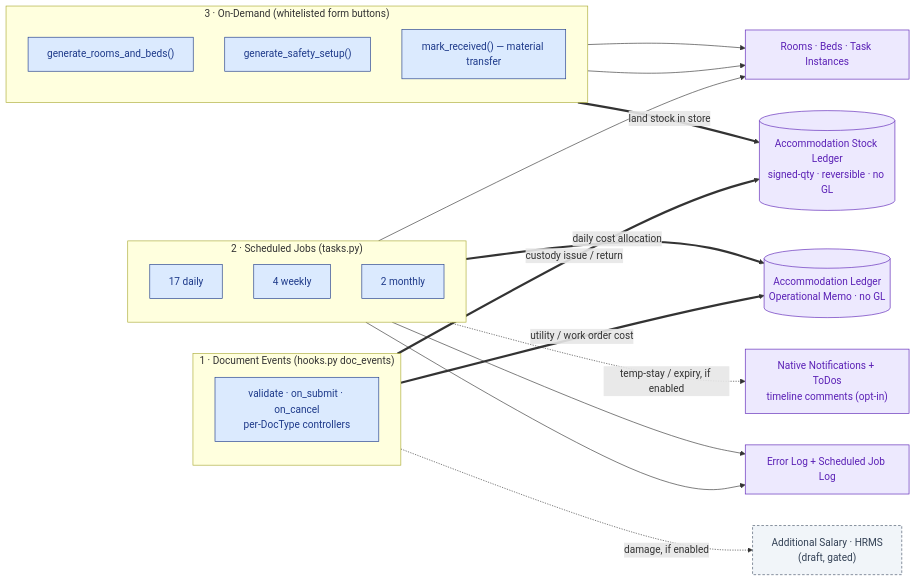
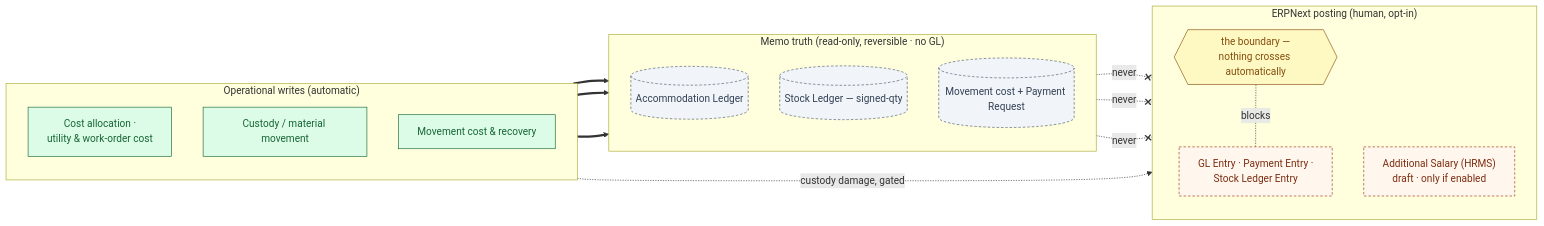
One commit to iabodysa/apex changed the sixth of 6 diagrams in README.md. Above: the diagram before and after it, drawn with Mermaid. The commit also changed other lines of this file, not shown here.

First line of the commit message:
docs: elevate then tighten README architecture diagrams (multi-perspective, concise)

````diff
--- a/README.md
+++ b/README.md
@@ -134,44 +202,37 @@
 ```mermaid
 flowchart LR
-    subgraph DocEvents ["1 · Document Events (hooks.py doc_events)"]
+    subgraph Ops ["Operational writes (automatic)"]
         direction TB
-        D1["validate · on_submit · on_cancel<br/>per-DocType controllers"]:::engine
+        COST["Cost allocation ·<br/>utility & work-order cost"]:::engine
+        STK["Custody / material movement"]:::engine
+        MOVE["Movement cost & recovery"]:::engine
     end
 
-    subgraph Scheduler ["2 · Scheduled Jobs (tasks.py)"]
+    subgraph Memo ["Memo truth (read-only, reversible · no GL)"]
         direction TB
-        S1["17 daily"]:::engine
-        S2["4 weekly"]:::engine
-        S3["2 monthly"]:::engine
+        AL[("Accommodation Ledger")]:::sink
+        SL[("Stock Ledger — signed-qty")]:::sink
+        ML[("Movement cost + Payment Request")]:::sink
     end
 
-    subgraph OnDemand ["3 · On-Demand (whitelisted form buttons)"]
+    subgraph GL ["ERPNext posting (human, opt-in)"]
         direction TB
-        O1["generate_rooms_and_beds()"]:::engine
-        O2["generate_safety_setup()"]:::engine
-        O3["mark_received() — material transfer"]:::engine
+        BAR{{"the boundary —<br/>nothing crosses automatically"}}:::gate
+        GLE["GL Entry · Payment Entry ·<br/>Stock Ledger Entry"]:::ext
+        ADD["Additional Salary (HRMS)<br/>draft · only if enabled"]:::ext
     end
 
-    Ledger[("Accommodation Ledger<br/>Operational Memo · no GL")]:::sink
-    Stock[("Accommodation Stock Ledger<br/>signed-qty · reversible · no GL")]:::sink
-    Native["Native Notifications + ToDos<br/>timeline comments (opt-in)"]:::sink
-    AddSal["Additional Salary · HRMS<br/>(draft, gated)"]:::ext
-    Log["Error Log + Scheduled Job Log"]:::sink
-    Made["Rooms · Beds · Task Instances"]:::sink
+    COST ==> AL
+    STK ==> SL
+    MOVE ==> ML
+    AL -. never .-x BAR
+    SL -. never .-x BAR
+    ML -. never .-x BAR
+    BAR -. blocks .- GLE
+    STK -. custody damage, gated .-> ADD
 
-    D1 == "utility / work order cost" ==> Ledger
-    D1 == "custody issue / return" ==> Stock
-    D1 -. "damage, if enabled" .-> AddSal
-    S1 == "daily cost allocation" ==> Ledger
-    S1 -. "temp-stay / expiry, if enabled" .-> Native
-    S1 --> Made
-    S2 --> Log
-    S3 --> Log
-    O1 --> Made
-    O2 --> Made
-    O3 == "land stock in store" ==> Stock
-
-    classDef engine fill:#dbeafe,stroke:#1e3a8a,color:#1e3a8a;
-    classDef sink fill:#ede9fe,stroke:#5b21b6,color:#5b21b6;
-    classDef ext fill:#f1f5f9,stroke:#475569,color:#334155,stroke-dasharray:4 3;
+    classDef engine fill:#dcfce7,stroke:#166534,color:#166534;
+    classDef sink fill:#f1f5f9,stroke:#475569,color:#334155,stroke-dasharray:4 3;
+    classDef gate fill:#fef9c3,stroke:#854d0e,color:#854d0e;
+    classDef ext fill:#fff7ed,stroke:#9a3412,color:#7c2d12,stroke-dasharray:4 3;
 ```
````
